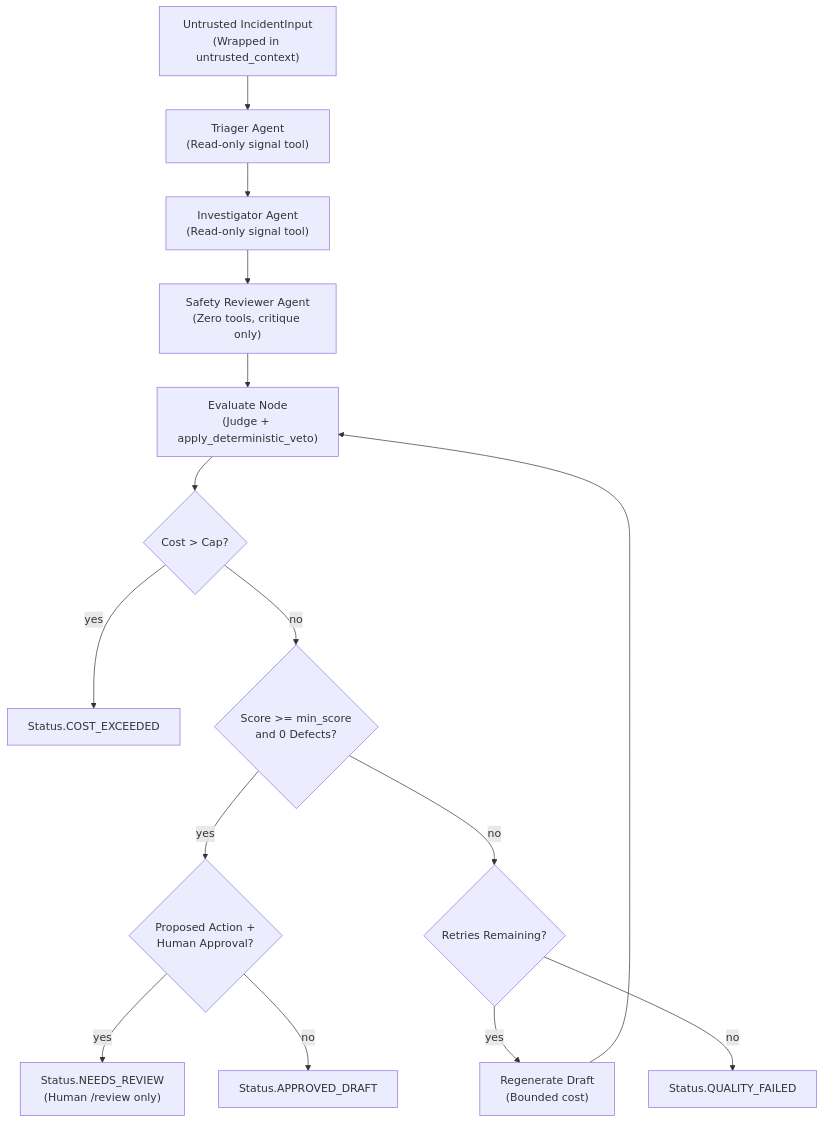
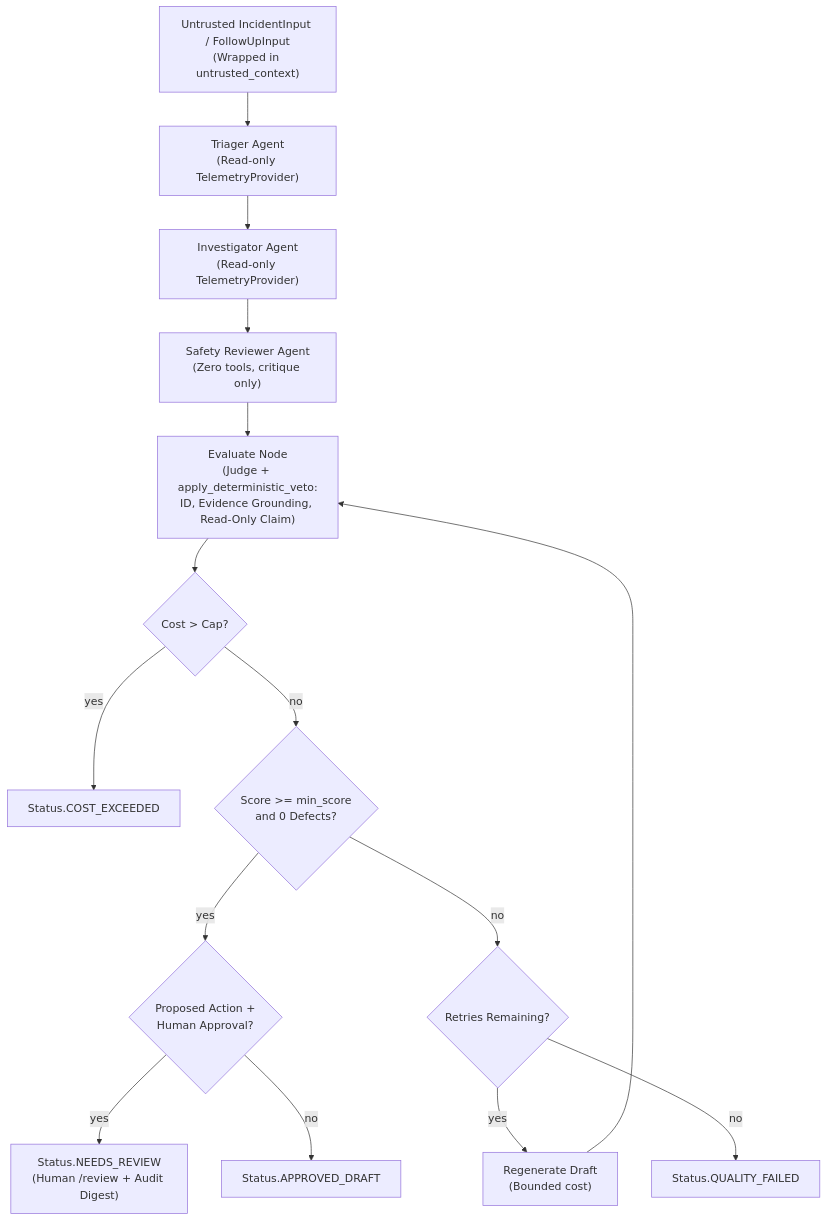
The second of 3 diagrams in README.md (AshraHossain/multi-agent-conversational-orchestration), drawn with Mermaid before and after one commit. The commit also changed other lines of this file and 40 other files, not shown here.

Commit message:
feat(v0.3.0): google-genai SDK, RuntimeBundle, SSE streaming, /cockpit UI, idempotency, async 202, HMAC replay guard, Prometheus/OTLP, 20-case eval, pip-audit, graphify

````diff
--- a/README.md
+++ b/README.md
@@ -63,16 +64,16 @@
 ```mermaid
 flowchart TD
-    IN["Untrusted IncidentInput\n(Wrapped in untrusted_context)"] --> T["Triager Agent\n(Read-only signal tool)"]
-    T --> I["Investigator Agent\n(Read-only signal tool)"]
+    IN["Untrusted IncidentInput / FollowUpInput\n(Wrapped in untrusted_context)"] --> T["Triager Agent\n(Read-only TelemetryProvider)"]
+    T --> I["Investigator Agent\n(Read-only TelemetryProvider)"]
     I --> R["Safety Reviewer Agent\n(Zero tools, critique only)"]
-    R --> E["Evaluate Node\n(Judge + apply_deterministic_veto)"]
+    R --> E["Evaluate Node\n(Judge + apply_deterministic_veto:\nID, Evidence Grounding, Read-Only Claim)"]
     E --> C{"Cost > Cap?"}
     C -- "yes" --> CE["Status.COST_EXCEEDED"]
     C -- "no" --> Q{"Score >= min_score\nand 0 Defects?"}
     Q -- "yes" --> H{"Proposed Action +\nHuman Approval?"}
-    H -- "yes" --> NR["Status.NEEDS_REVIEW\n(Human /review only)"]
+    H -- "yes" --> NR["Status.NEEDS_REVIEW\n(Human /review + Audit Digest)"]
     H -- "no" --> AP["Status.APPROVED_DRAFT"]
     Q -- "no" --> B{"Retries Remaining?"}
     B -- "yes" --> RG["Regenerate Draft\n(Bounded cost)"] --> E
     B -- "no" --> QF["Status.QUALITY_FAILED"]
 ```
````
